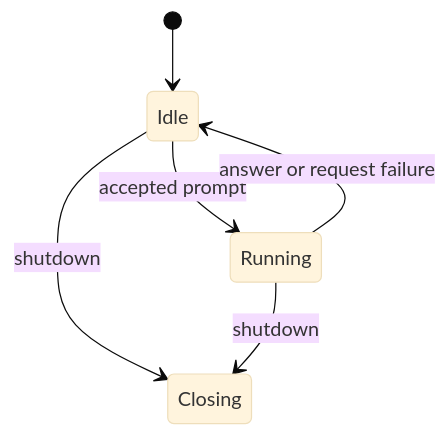
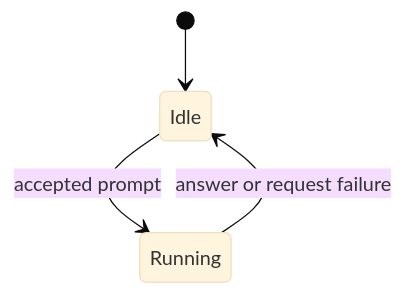
The second of 3 diagrams in architecture.md (RashikShahjahan/Marvin), drawn with Mermaid (base theme) before and after one commit. The commit also changed other lines of this file and 16 other files, not shown here.

````diff
--- a/architecture.md
+++ b/architecture.md
@@ -101,8 +97,6 @@
 ```mermaid
 stateDiagram-v2
   [*] --> Idle
   Idle --> Running: accepted prompt
   Running --> Idle: answer or request failure
-  Idle --> Closing: shutdown
-  Running --> Closing: shutdown
 ```
````
